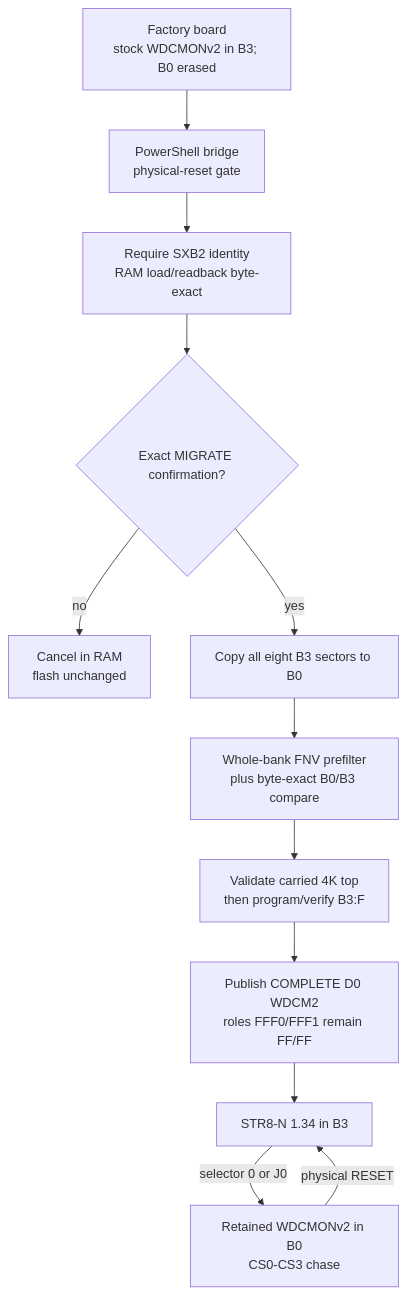
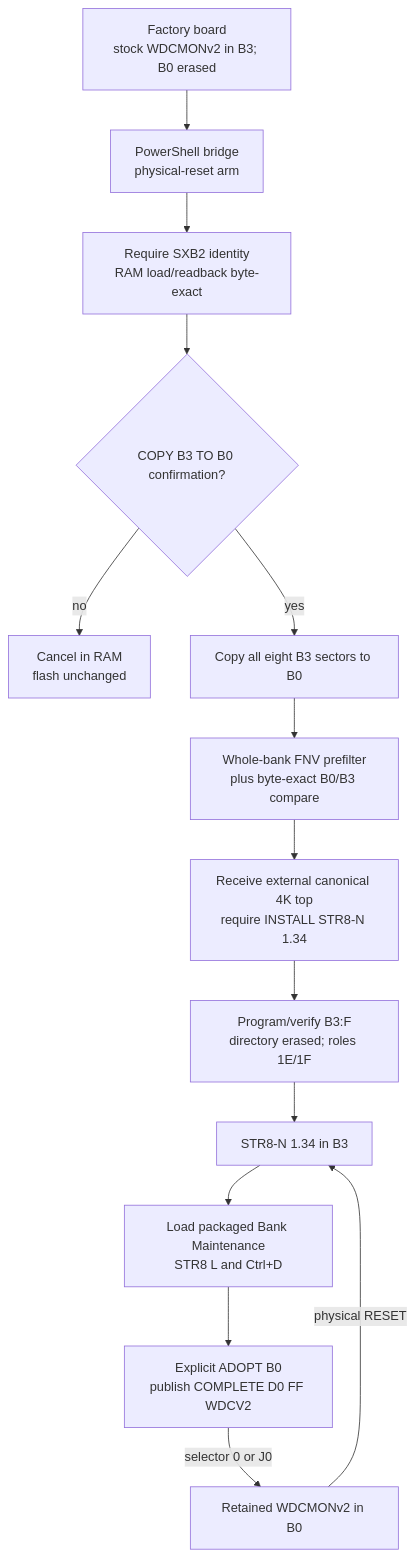
One commit to 95westus/STR8-N changed the fifth of 14 diagrams in docs/MAPS.md. Above: the diagram before and after it, drawn with Mermaid. The commit also changed other lines of this file and 17 other files, not shown here.

````diff
--- a/docs/MAPS.md
+++ b/docs/MAPS.md
@@ -109,14 +111,16 @@
 ```mermaid
 flowchart TD
-    F[Factory board<br/>stock WDCMONv2 in B3; B0 erased] --> H[PowerShell bridge<br/>physical-reset gate]
+    F[Factory board<br/>stock WDCMONv2 in B3; B0 erased] --> H[PowerShell bridge<br/>physical-reset arm]
     H --> V[Require SXB2 identity<br/>RAM load/readback byte-exact]
-    V --> M{Exact MIGRATE confirmation?}
+    V --> M{COPY B3 TO B0 confirmation?}
     M -->|no| X[Cancel in RAM<br/>flash unchanged]
     M -->|yes| C[Copy all eight B3 sectors to B0]
     C --> E[Whole-bank FNV prefilter<br/>plus byte-exact B0/B3 compare]
-    E --> T[Validate carried 4K top<br/>then program/verify B3:F]
-    T --> D[Publish COMPLETE D0 WDCM2<br/>roles FFF0/FFF1 remain FF/FF]
-    D --> S[STR8-N 1.34 in B3]
-    S -->|selector 0 or J0| W[Retained WDCMONv2 in B0<br/>CS0-CS3 chase]
+    E --> T[Receive external canonical 4K top<br/>require INSTALL STR8-N 1.34]
+    T --> P[Program/verify B3:F<br/>directory erased; roles 1E/1F]
+    P --> S[STR8-N 1.34 in B3]
+    S --> L[Load packaged Bank Maintenance<br/>STR8 L and Ctrl+D]
+    L --> D[Explicit ADOPT B0<br/>publish COMPLETE D0 FF WDCV2]
+    D -->|selector 0 or J0| W[Retained WDCMONv2 in B0]
     W -->|physical RESET| S
 ```
````
